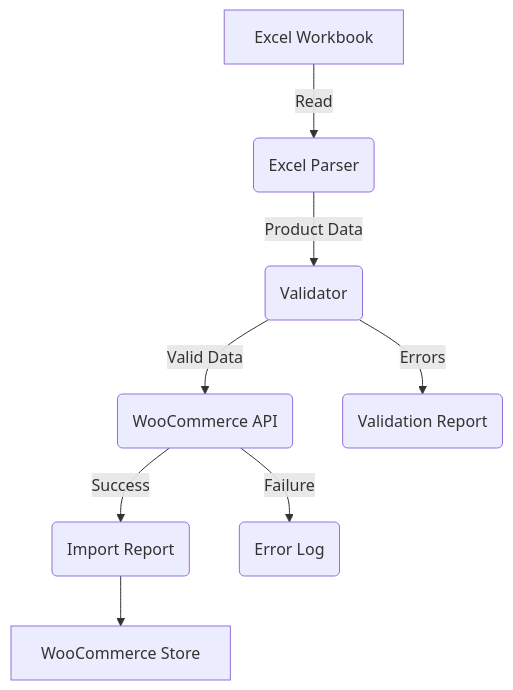
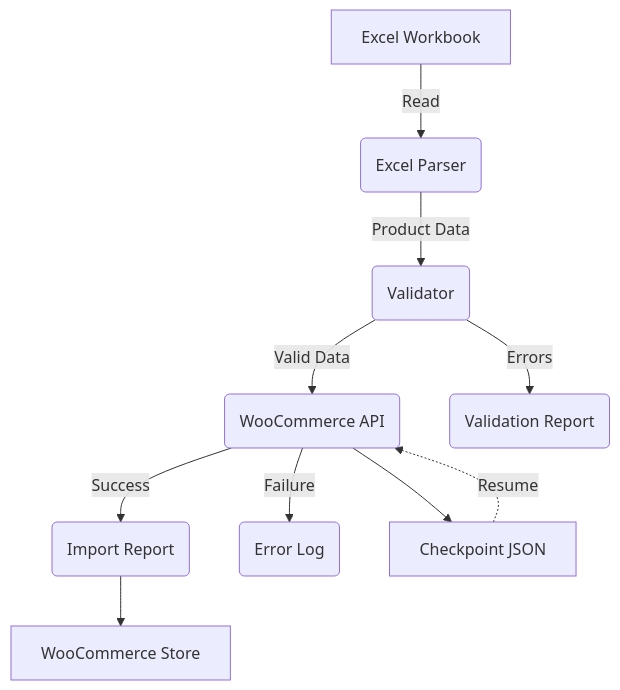
The diagram in docs/Architecture.md (jlshoja/AI-Powered-WooCommerce-Product-Automation-System), drawn with Mermaid before and after one commit. The commit also changed other lines of this file and 4 other files, not shown here.

````diff
--- a/docs/Architecture.md
+++ b/docs/Architecture.md
@@ -17,10 +17,12 @@
 ```mermaid
 graph TD
     A[Excel Workbook] -->|Read| B(Excel Parser)
     B -->|Product Data| C(Validator)
     C -->|Valid Data| D(WooCommerce API)
     C -->|Errors| E(Validation Report)
     D -->|Success| F(Import Report)
     D -->|Failure| G(Error Log)
     F --> H[WooCommerce Store]
+    D --> I[Checkpoint JSON]
+    I -.->|Resume| D
 ```
````
